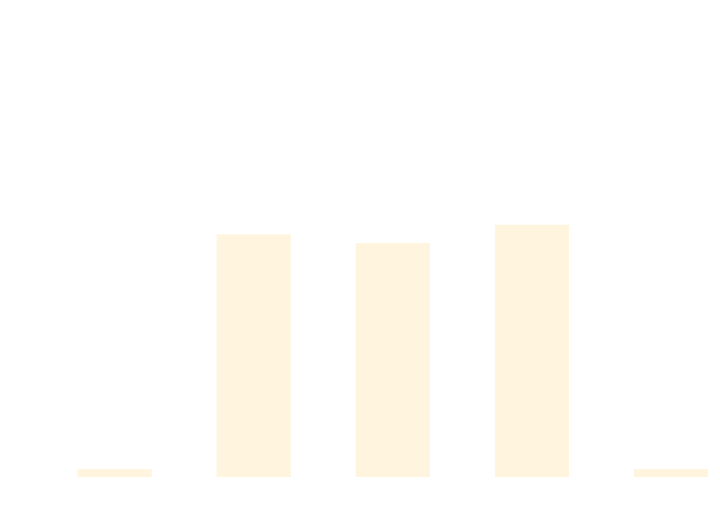
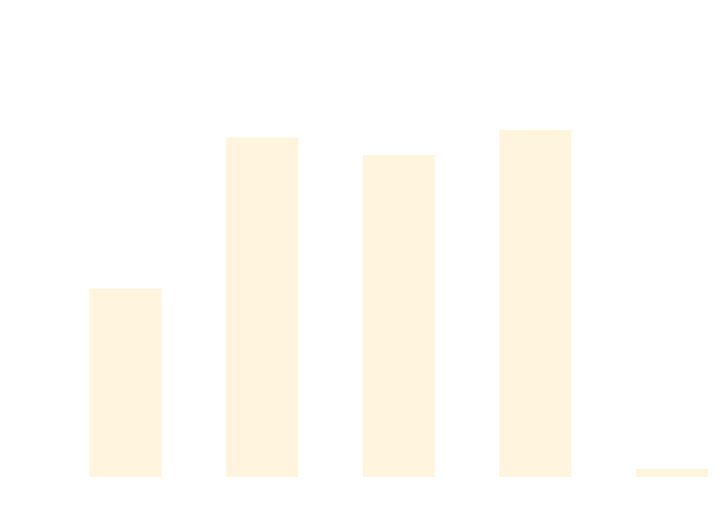
Before and after one commit to thomhurst/TUnit: the diagram in docs/docs/benchmarks/SetupTeardownTests.md, drawn with Mermaid. The commit also changed other lines of this file and 16 other files, not shown here.

````diff
--- a/docs/docs/benchmarks/SetupTeardownTests.md
+++ b/docs/docs/benchmarks/SetupTeardownTests.md
@@ -27,37 +27,37 @@
 ```mermaid
 %%{init: {
   'theme':'base',
   'themeVariables': {
     'primaryColor': '#2563eb',
     'primaryTextColor': '#ffffff',
     'primaryBorderColor': '#1e40af',
     'lineColor': '#6b7280',
     'secondaryColor': '#7c3aed',
     'tertiaryColor': '#dc2626',
     'background': '#ffffff',
     'mainBkg': '#2563eb',
     'secondBkg': '#7c3aed',
     'tertiaryBkg': '#dc2626',
     'clusterBkg': '#f3f4f6',
     'edgeLabelBackground': '#ffffff',
     'tertiaryTextColor': '#1f2937',
     'pie1': '#2563eb',
     'pie2': '#7c3aed',
     'pie3': '#dc2626',
     'pie4': '#f59e0b',
     'pie5': '#10b981',
     'pie6': '#06b6d4',
     'pie7': '#ec4899',
     'pie8': '#6366f1',
     'pie9': '#84cc16',
     'pie10': '#f97316',
     'pie11': '#14b8a6',
     'pie12': '#a855f7'
   }
 }}%%
 xychart-beta
   title "SetupTeardownTests Performance Comparison"
   x-axis ["TUnit", "NUnit", "MSTest", "xUnit3", "TUnit_AOT"]
-  y-axis "Time (ms)" 0 --> 2
-  bar [0, 1.153, 1.11, 1.2, 0]
+  y-axis "Time (ms)" 0 --> 1399
+  bar [620, 1139.9, 1078.8, 1165.3, 0]
 ```
````
